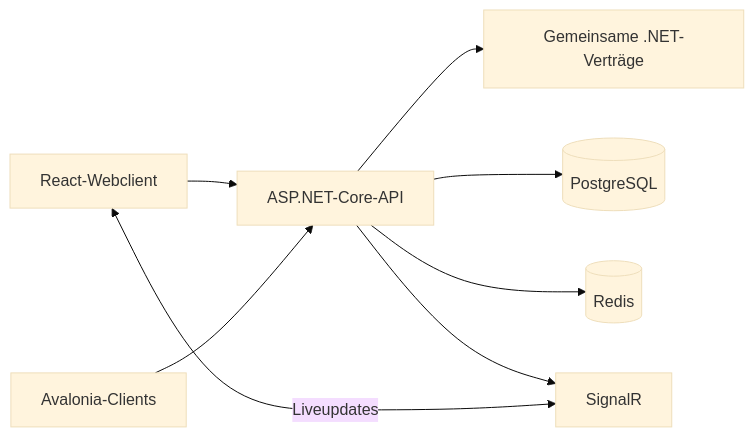
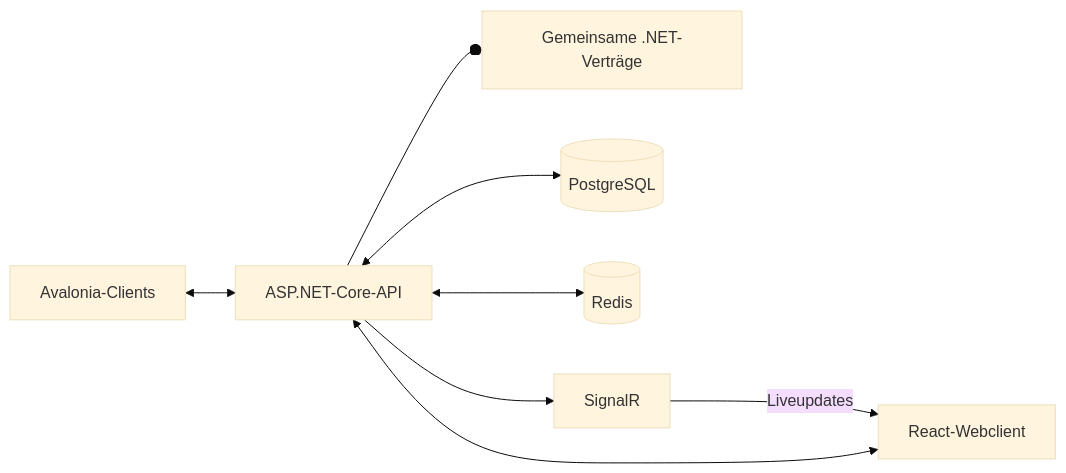
Before and after one commit to Sanifant/Feuerwehr-KPP: the diagram in docs/README.md, drawn with Mermaid (base theme). The commit also changed 5 other files, not shown here.

````diff
--- a/docs/README.md
+++ b/docs/README.md
@@ -26,18 +26,18 @@
 ```mermaid
 flowchart LR
+    Avalonia[Avalonia-Clients]
     Web[React-Webclient]
-    Avalonia[Avalonia-Clients]
     API[ASP.NET-Core-API]
     Common[Gemeinsame .NET-Verträge]
     PostgreSQL[(PostgreSQL)]
     Redis[(Redis)]
     SignalR[SignalR]
 
-    Web --> API
-    Avalonia --> API
-    API --> Common
-    API --> PostgreSQL
-    API --> Redis
+    Avalonia <--> API
+    Web <--> API
+    API --o Common
+    API <--> PostgreSQL
+    API <--> Redis
     API --> SignalR
-    Web <-->|Liveupdates| SignalR
+    SignalR --> |Liveupdates| Web
 ```
````
